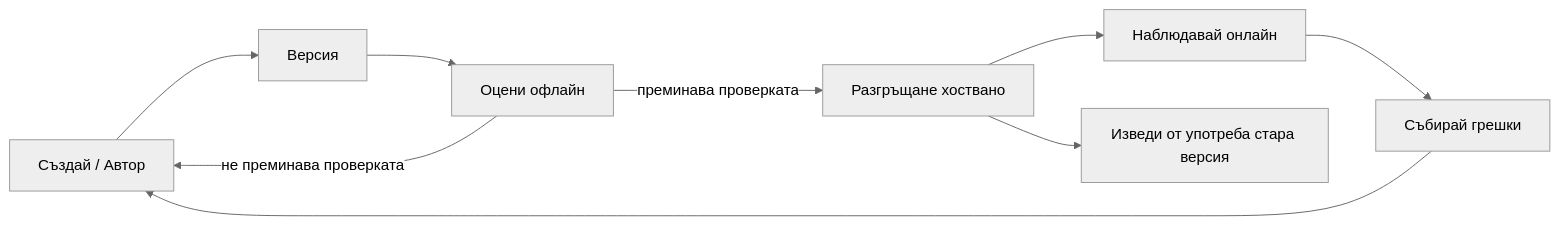
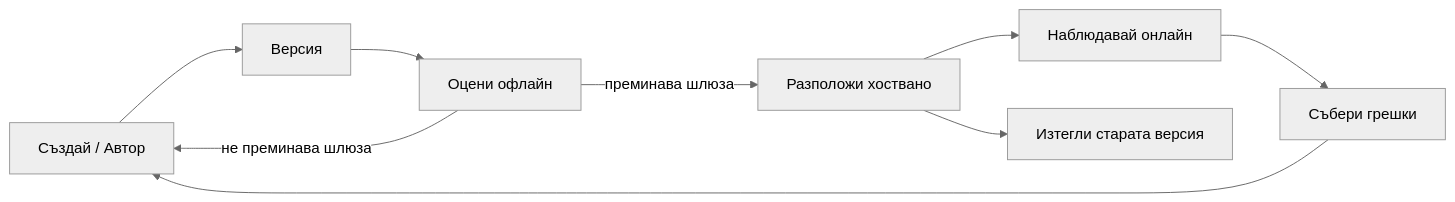
One commit to gabrielmoreira/agent-skills-mirror changed the second of 4 diagrams in mirrors/repos/microsoft@ai-agents-for-beginners/translations/bg/16-deploying-scalable-agents/README.md. Above: the diagram before and after it, drawn with Mermaid (neutral theme). The commit also changed other lines of this file and 3581 other files, not shown here.

````diff
--- a/mirrors/repos/microsoft@ai-agents-for-beginners/translations/bg/16-deploying-scalable-agents/README.md
+++ b/mirrors/repos/microsoft@ai-agents-for-beginners/translations/bg/16-deploying-scalable-agents/README.md
@@ -108,11 +108,11 @@
 ```mermaid
 flowchart LR
     Create[Създай / Автор] --> Version[Версия]
     Version --> Evaluate[Оцени офлайн]
-    Evaluate -->|преминава проверката| Deploy[Разгръщане хоствано]
-    Evaluate -->|не преминава проверката| Create
+    Evaluate -->|преминава шлюза| Deploy[Разположи хоствано]
+    Evaluate -->|не преминава шлюза| Create
     Deploy --> Observe[Наблюдавай онлайн]
-    Observe --> Improve[Събирай грешки]
+    Observe --> Improve[Събери грешки]
     Improve --> Create
-    Deploy --> Retire[Изведи от употреба стара версия]
+    Deploy --> Retire[Изтегли старата версия]
 ```
````
